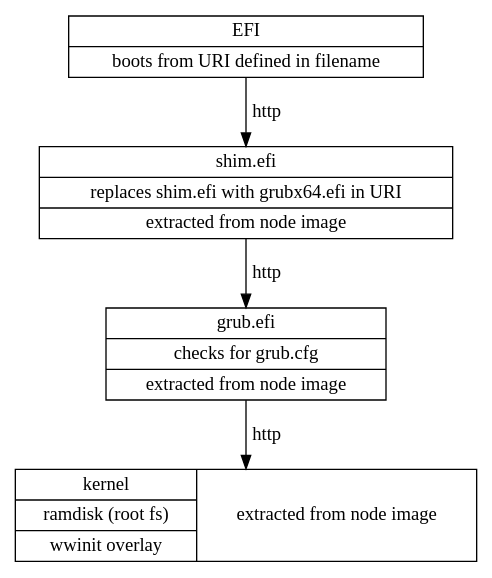
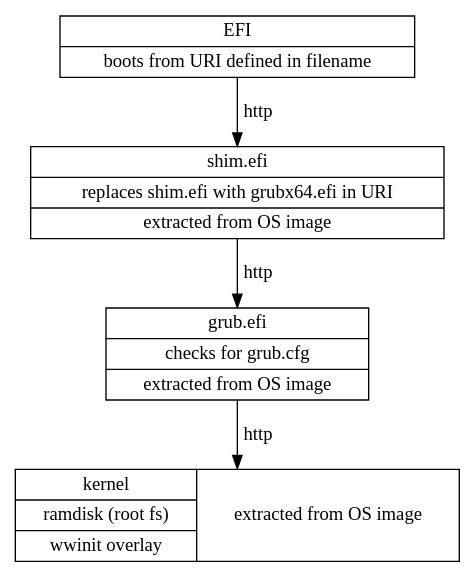
Before and after one commit to warewulf/warewulf: the fourth of 4 diagrams in userdocs/server/bootloaders.rst, drawn with Graphviz. The commit also changed other lines of this file and 19 other files, not shown here.

```diff
--- a/userdocs/server/bootloaders.rst
+++ b/userdocs/server/bootloaders.rst
@@ -306,12 +306,12 @@
 .. graphviz::
 
   digraph G{
       node [shape=box];
       efi [shape=record label="{EFI|boots from URI defined in filename}"];
-      shim [shape=record label="{shim.efi|replaces shim.efi with grubx64.efi in URI|extracted from node image}"];
-      grub [shape=record label="{grub.efi|checks for grub.cfg|extracted from node image}"]
-      kernel [shape=record label="{kernel|ramdisk (root fs)|wwinit overlay}|extracted from node image"];
+      shim [shape=record label="{shim.efi|replaces shim.efi with grubx64.efi in URI|extracted from OS image}"];
+      grub [shape=record label="{grub.efi|checks for grub.cfg|extracted from OS image}"]
+      kernel [shape=record label="{kernel|ramdisk (root fs)|wwinit overlay}|extracted from OS image"];
       efi->shim [label="http"];
       shim->grub [label="http"];
       grub->kernel [label="http"];
     }
```
